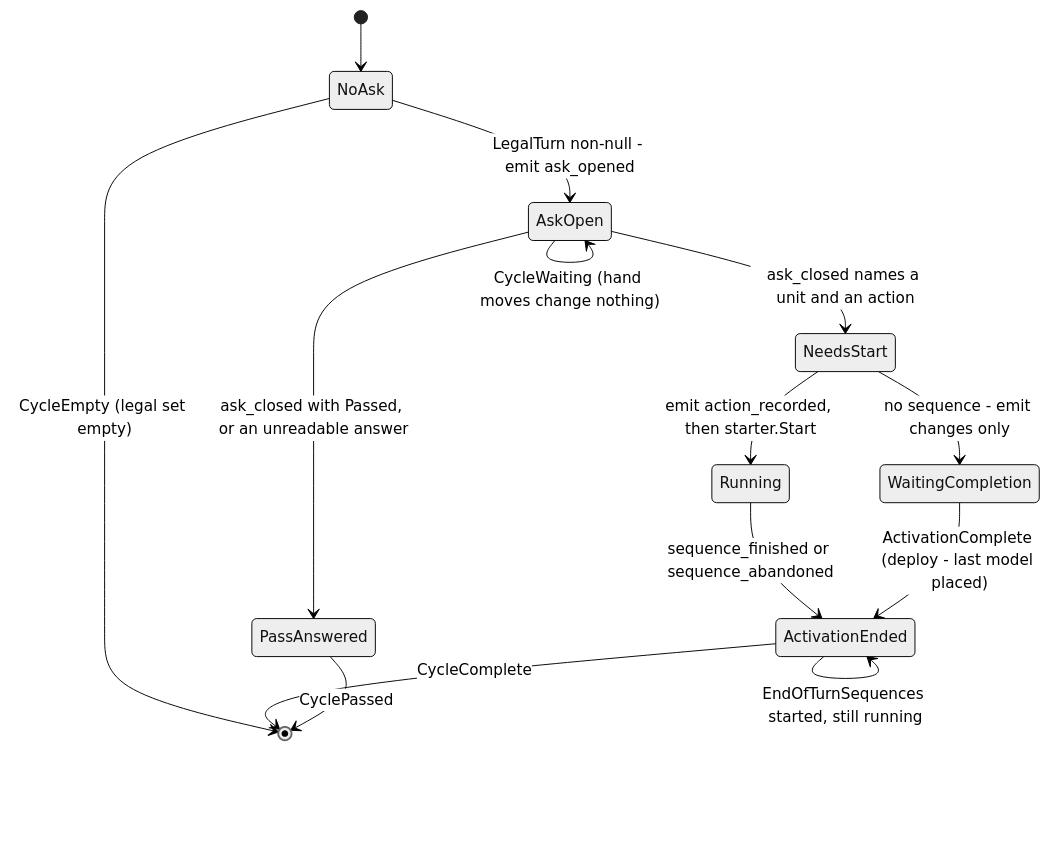
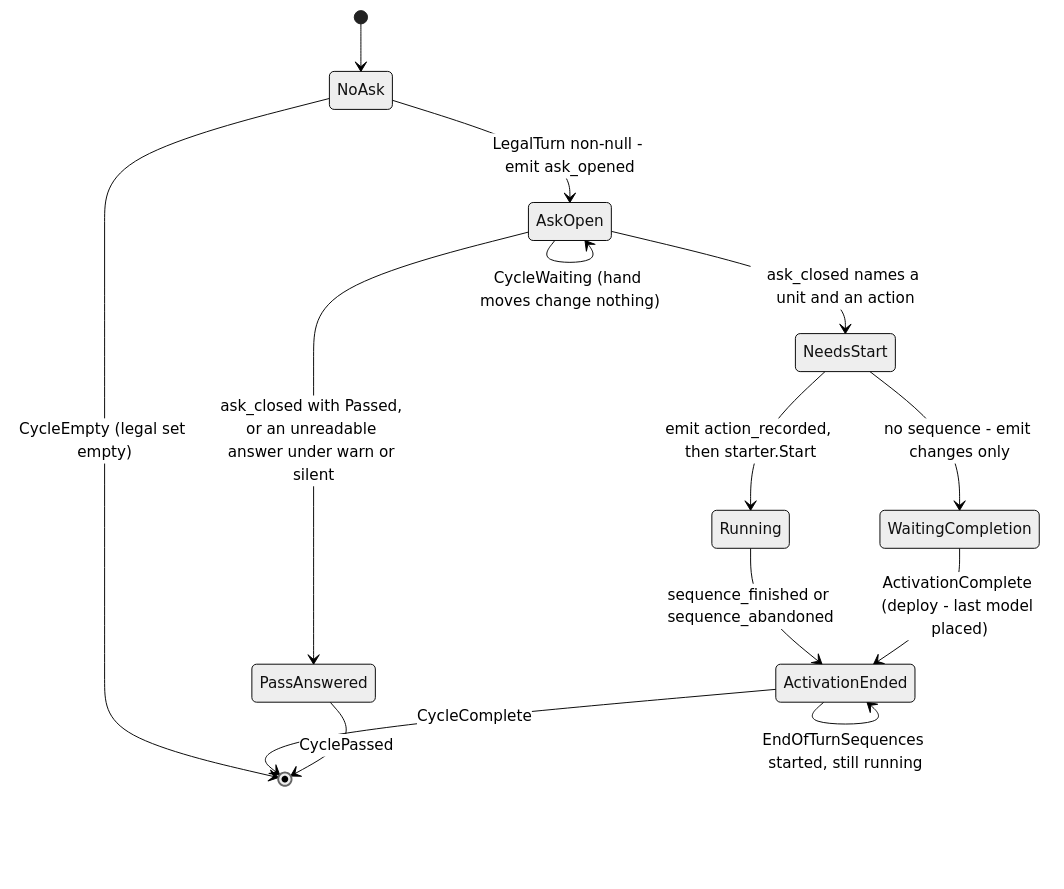
One commit to cstupi/tabletop changed the fifth of 10 diagrams in docs/design/scheduler/design.md. Above: the diagram before and after it, drawn with Mermaid (neutral theme). The commit also changed other lines of this file and 25 other files, not shown here.

````diff
--- a/docs/design/scheduler/design.md
+++ b/docs/design/scheduler/design.md
@@ -378,16 +383,16 @@
 ```mermaid
 stateDiagram-v2
     [*] --> NoAsk
     NoAsk --> AskOpen : LegalTurn non-null - emit ask_opened
     NoAsk --> [*] : CycleEmpty (legal set empty)
     AskOpen --> AskOpen : CycleWaiting (hand moves change nothing)
-    AskOpen --> PassAnswered : ask_closed with Passed, or an unreadable answer
+    AskOpen --> PassAnswered : ask_closed with Passed, or an unreadable answer under warn or silent
     AskOpen --> NeedsStart : ask_closed names a unit and an action
     NeedsStart --> Running : emit action_recorded, then starter.Start
     NeedsStart --> WaitingCompletion : no sequence - emit changes only
     Running --> ActivationEnded : sequence_finished or sequence_abandoned
     WaitingCompletion --> ActivationEnded : ActivationComplete (deploy - last model placed)
     ActivationEnded --> ActivationEnded : EndOfTurnSequences started, still running
     ActivationEnded --> [*] : CycleComplete
     PassAnswered --> [*] : CyclePassed
 ```
````
